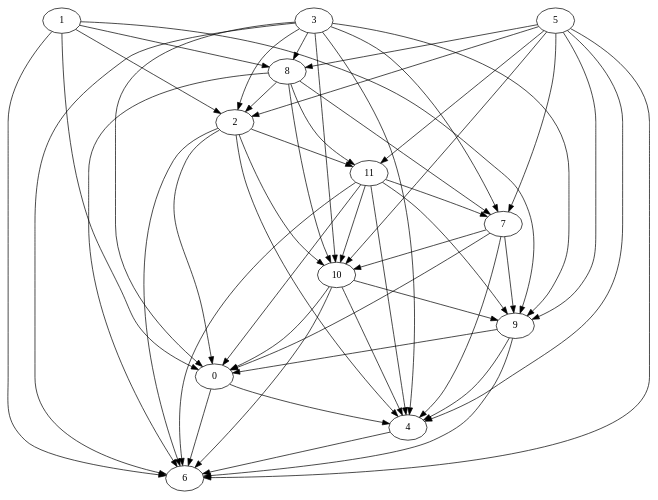
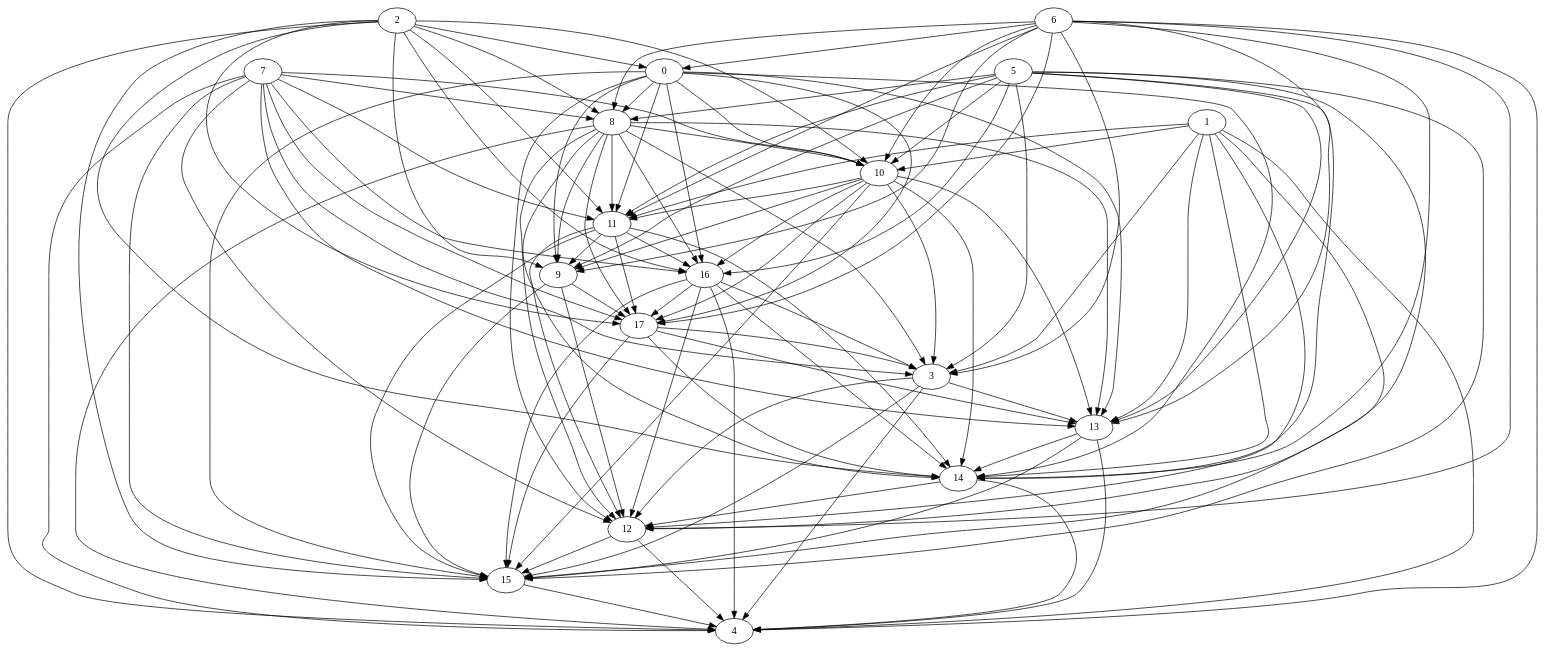
One commit to zsuh022/process-scheduler changed the diagram in src/main/resources/dotfiles/random/Random_Graph.dot. Above: the diagram before and after it, drawn with Graphviz. The commit also changed 8 other files, not shown here.

```diff
--- a/src/main/resources/dotfiles/random/Random_Graph.dot
+++ b/src/main/resources/dotfiles/random/Random_Graph.dot
@@ -1,65 +1,128 @@
 digraph {
-	"0" ["Weight"=182];
-	"11" ["Weight"=625];
-	"1" ["Weight"=427];
-	"2" ["Weight"=211];
-	"3" ["Weight"=614];
-	"4" ["Weight"=294];
-	"5" ["Weight"=382];
-	"6" ["Weight"=920];
-	"7" ["Weight"=329];
-	"8" ["Weight"=973];
-	"9" ["Weight"=131];
-	"10" ["Weight"=138];
-	"4" -> "6" ["Weight"=807];
-	"0" -> "4" ["Weight"=961];
-	"0" -> "6" ["Weight"=667];
-	"11" -> "0" ["Weight"=366];
-	"3" -> "10" ["Weight"=563];
-	"5" -> "10" ["Weight"=345];
-	"11" -> "4" ["Weight"=299];
-	"5" -> "11" ["Weight"=127];
-	"7" -> "10" ["Weight"=780];
-	"11" -> "6" ["Weight"=476];
-	"9" -> "0" ["Weight"=334];
-	"11" -> "7" ["Weight"=581];
-	"11" -> "9" ["Weight"=410];
-	"9" -> "4" ["Weight"=113];
-	"5" -> "2" ["Weight"=198];
-	"9" -> "6" ["Weight"=459];
-	"1" -> "0" ["Weight"=683];
-	"5" -> "4" ["Weight"=357];
-	"1" -> "2" ["Weight"=198];
-	"5" -> "6" ["Weight"=701];
-	"5" -> "7" ["Weight"=517];
-	"5" -> "8" ["Weight"=301];
-	"5" -> "9" ["Weight"=996];
-	"1" -> "6" ["Weight"=737];
-	"1" -> "8" ["Weight"=326];
-	"1" -> "9" ["Weight"=844];
-	"11" -> "10" ["Weight"=415];
-	"2" -> "0" ["Weight"=297];
-	"2" -> "4" ["Weight"=613];
-	"2" -> "6" ["Weight"=414];
-	"2" -> "10" ["Weight"=731];
-	"2" -> "11" ["Weight"=662];
-	"8" -> "10" ["Weight"=119];
-	"8" -> "11" ["Weight"=692];
-	"7" -> "0" ["Weight"=806];
-	"3" -> "0" ["Weight"=395];
-	"7" -> "4" ["Weight"=917];
-	"3" -> "2" ["Weight"=873];
-	"3" -> "4" ["Weight"=515];
-	"7" -> "9" ["Weight"=711];
-	"3" -> "6" ["Weight"=800];
-	"3" -> "7" ["Weight"=708];
-	"3" -> "8" ["Weight"=166];
-	"3" -> "9" ["Weight"=650];
-	"10" -> "0" ["Weight"=150];
-	"10" -> "4" ["Weight"=830];
-	"10" -> "6" ["Weight"=998];
-	"8" -> "2" ["Weight"=365];
-	"10" -> "9" ["Weight"=267];
-	"8" -> "6" ["Weight"=953];
-	"8" -> "7" ["Weight"=849];
+	"11" ["Weight"=745];
+	"12" ["Weight"=533];
+	"13" ["Weight"=524];
+	"14" ["Weight"=879];
+	"15" ["Weight"=341];
+	"16" ["Weight"=630];
+	"17" ["Weight"=431];
+	"0" ["Weight"=633];
+	"1" ["Weight"=167];
+	"2" ["Weight"=886];
+	"3" ["Weight"=772];
+	"4" ["Weight"=312];
+	"5" ["Weight"=115];
+	"6" ["Weight"=861];
+	"7" ["Weight"=150];
+	"8" ["Weight"=764];
+	"9" ["Weight"=433];
+	"10" ["Weight"=107];
+	"8" -> "9" ["Weight"=585];
+	"0" -> "8" ["Weight"=751];
+	"0" -> "9" ["Weight"=222];
+	"1" -> "10" ["Weight"=972];
+	"1" -> "11" ["Weight"=751];
+	"16" -> "12" ["Weight"=560];
+	"1" -> "12" ["Weight"=518];
+	"12" -> "15" ["Weight"=352];
+	"1" -> "13" ["Weight"=731];
+	"1" -> "14" ["Weight"=901];
+	"5" -> "10" ["Weight"=975];
+	"1" -> "15" ["Weight"=833];
+	"5" -> "11" ["Weight"=940];
+	"5" -> "12" ["Weight"=763];
+	"5" -> "13" ["Weight"=528];
+	"5" -> "14" ["Weight"=537];
+	"5" -> "15" ["Weight"=905];
+	"11" -> "9" ["Weight"=588];
+	"5" -> "16" ["Weight"=691];
+	"9" -> "12" ["Weight"=830];
+	"16" -> "17" ["Weight"=435];
+	"9" -> "15" ["Weight"=288];
+	"16" -> "15" ["Weight"=151];
+	"9" -> "17" ["Weight"=283];
+	"16" -> "14" ["Weight"=261];
+	"1" -> "3" ["Weight"=660];
+	"1" -> "4" ["Weight"=632];
+	"12" -> "4" ["Weight"=150];
+	"2" -> "0" ["Weight"=592];
+	"2" -> "4" ["Weight"=465];
+	"2" -> "8" ["Weight"=818];
+	"2" -> "9" ["Weight"=828];
+	"0" -> "10" ["Weight"=171];
+	"0" -> "11" ["Weight"=570];
+	"0" -> "12" ["Weight"=649];
+	"11" -> "17" ["Weight"=711];
+	"0" -> "13" ["Weight"=205];
+	"11" -> "16" ["Weight"=727];
+	"13" -> "4" ["Weight"=869];
+	"0" -> "14" ["Weight"=114];
+	"11" -> "15" ["Weight"=891];
+	"0" -> "15" ["Weight"=852];
+	"11" -> "14" ["Weight"=859];
+	"0" -> "16" ["Weight"=251];
+	"0" -> "17" ["Weight"=431];
+	"11" -> "12" ["Weight"=998];
+	"8" -> "10" ["Weight"=430];
+	"8" -> "11" ["Weight"=292];
+	"8" -> "12" ["Weight"=728];
+	"8" -> "13" ["Weight"=506];
+	"8" -> "14" ["Weight"=826];
+	"8" -> "16" ["Weight"=594];
+	"8" -> "17" ["Weight"=480];
+	"3" -> "4" ["Weight"=295];
+	"10" -> "11" ["Weight"=393];
+	"14" -> "4" ["Weight"=815];
+	"15" -> "4" ["Weight"=573];
+	"10" -> "17" ["Weight"=845];
+	"10" -> "16" ["Weight"=601];
+	"14" -> "12" ["Weight"=134];
+	"3" -> "12" ["Weight"=362];
+	"10" -> "15" ["Weight"=516];
+	"3" -> "13" ["Weight"=213];
+	"10" -> "14" ["Weight"=869];
+	"7" -> "10" ["Weight"=763];
+	"10" -> "13" ["Weight"=441];
+	"3" -> "15" ["Weight"=810];
+	"7" -> "11" ["Weight"=842];
+	"7" -> "12" ["Weight"=219];
+	"7" -> "13" ["Weight"=689];
+	"7" -> "15" ["Weight"=467];
+	"7" -> "16" ["Weight"=871];
+	"7" -> "17" ["Weight"=643];
+	"5" -> "3" ["Weight"=217];
+	"5" -> "8" ["Weight"=257];
+	"5" -> "9" ["Weight"=932];
+	"16" -> "3" ["Weight"=949];
+	"16" -> "4" ["Weight"=692];
+	"6" -> "0" ["Weight"=387];
+	"6" -> "3" ["Weight"=250];
+	"6" -> "4" ["Weight"=581];
+	"6" -> "8" ["Weight"=577];
+	"6" -> "9" ["Weight"=877];
+	"17" -> "3" ["Weight"=930];
+	"2" -> "10" ["Weight"=512];
+	"13" -> "15" ["Weight"=354];
+	"2" -> "11" ["Weight"=737];
+	"13" -> "14" ["Weight"=201];
+	"2" -> "14" ["Weight"=723];
+	"6" -> "10" ["Weight"=563];
+	"2" -> "15" ["Weight"=477];
+	"6" -> "11" ["Weight"=561];
+	"2" -> "16" ["Weight"=404];
+	"6" -> "12" ["Weight"=258];
+	"2" -> "17" ["Weight"=407];
+	"6" -> "13" ["Weight"=118];
+	"6" -> "14" ["Weight"=880];
+	"6" -> "17" ["Weight"=304];
+	"7" -> "3" ["Weight"=480];
+	"7" -> "4" ["Weight"=947];
+	"17" -> "15" ["Weight"=738];
+	"17" -> "14" ["Weight"=933];
+	"17" -> "13" ["Weight"=313];
+	"7" -> "8" ["Weight"=476];
+	"10" -> "3" ["Weight"=284];
+	"10" -> "9" ["Weight"=820];
+	"8" -> "3" ["Weight"=389];
+	"8" -> "4" ["Weight"=377];
 }
```
